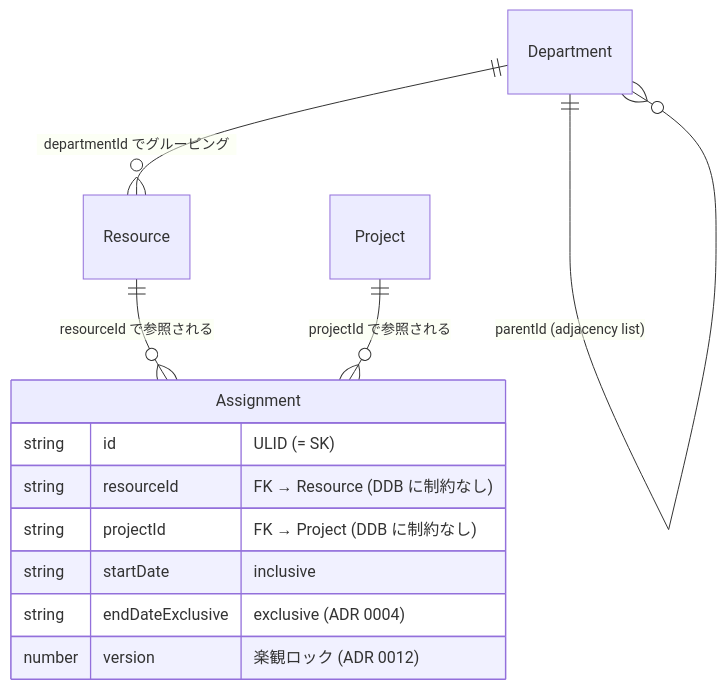
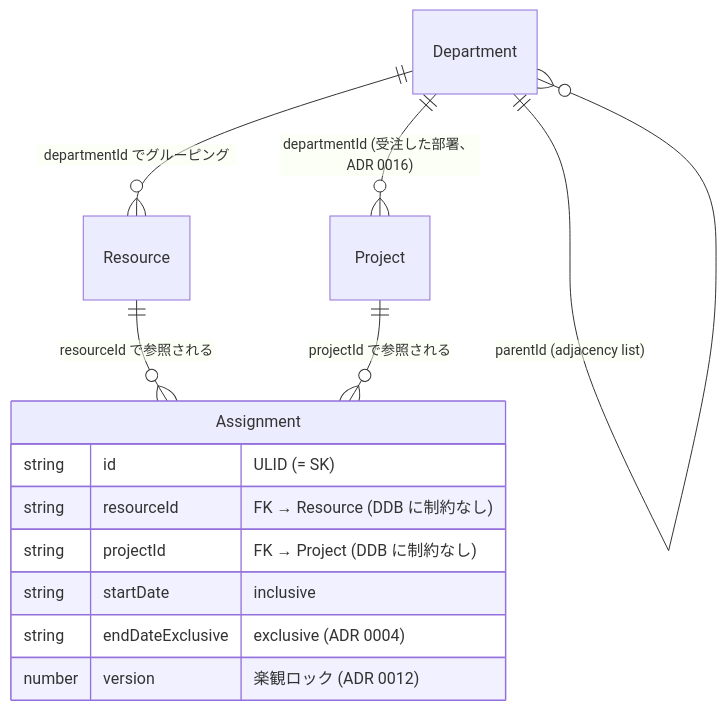
The diagram in docs/db/entities.md (tommykey-apps/resource-planner), drawn with Mermaid before and after one commit. The commit also changed other lines of this file and 49 other files, not shown here.

````diff
--- a/docs/db/entities.md
+++ b/docs/db/entities.md
@@ -13,16 +13,17 @@
 ```mermaid
 erDiagram
     Resource   ||--o{ Assignment : "resourceId で参照される"
     Project    ||--o{ Assignment : "projectId で参照される"
     Department ||--o{ Resource   : "departmentId でグルーピング"
+    Department ||--o{ Project    : "departmentId (受注した部署、 ADR 0016)"
     Department ||--o{ Department  : "parentId (adjacency list)"
 
     Assignment {
         string id "ULID (= SK)"
         string resourceId "FK → Resource (DDB に制約なし)"
         string projectId "FK → Project (DDB に制約なし)"
         string startDate "inclusive"
         string endDateExclusive "exclusive (ADR 0004)"
         number version "楽観ロック (ADR 0012)"
     }
 ```
````
